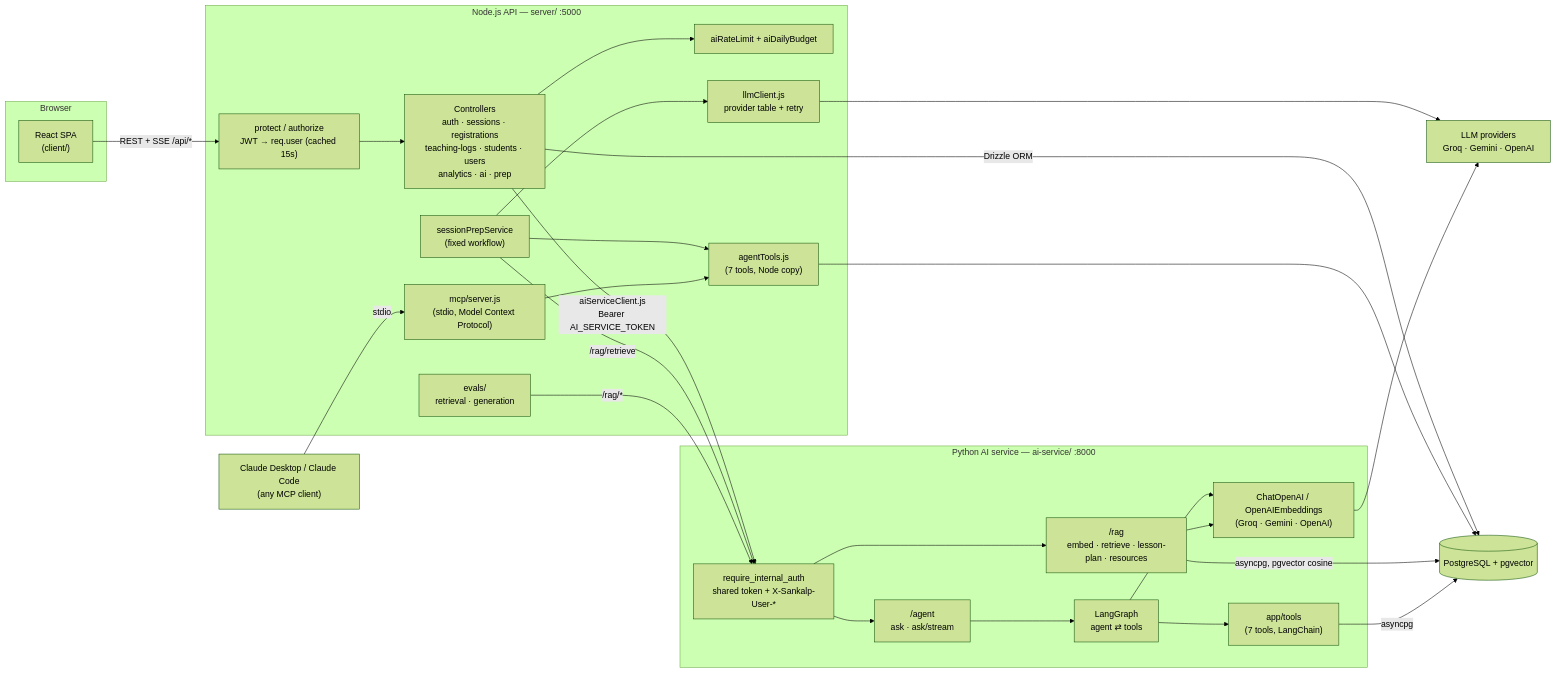
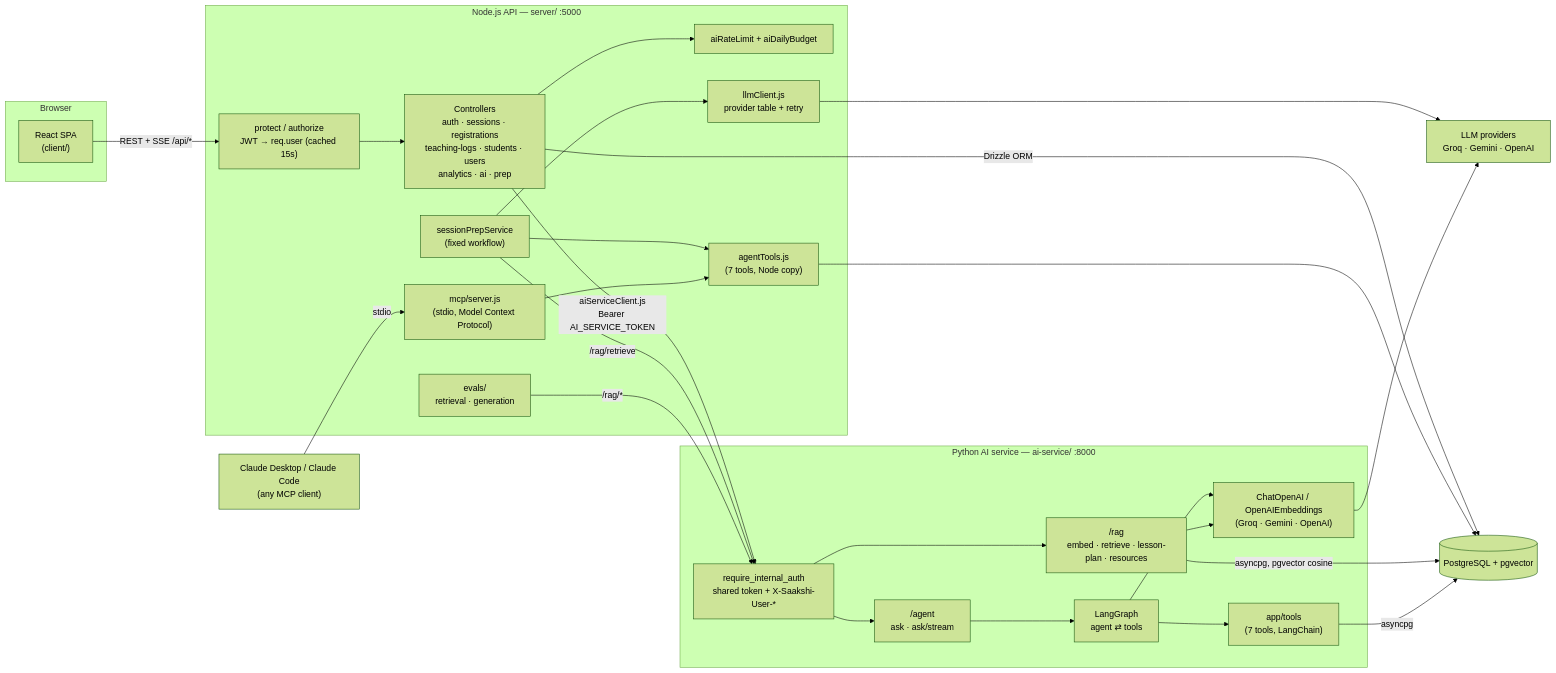
The first of 15 diagrams in README.md (kushagragarg15/sankalp-village-project), drawn with Mermaid (forest theme) before and after one commit. The commit also changed other lines of this file and 29 other files, not shown here.

````diff
--- a/README.md
+++ b/README.md
@@ -68,47 +70,47 @@
 ```mermaid
 flowchart LR
     subgraph Browser
         SPA["React SPA<br/>(client/)"]
     end
 
     subgraph Node["Node.js API — server/ :5000"]
         MW["protect / authorize<br/>JWT → req.user (cached 15s)"]
         Guard["aiRateLimit + aiDailyBudget"]
         Ctl["Controllers<br/>auth · sessions · registrations<br/>teaching-logs · students · users<br/>analytics · ai · prep"]
         Prep["sessionPrepService<br/>(fixed workflow)"]
         MCP["mcp/server.js<br/>(stdio, Model Context Protocol)"]
         Evals["evals/<br/>retrieval · generation"]
         Tools["agentTools.js<br/>(7 tools, Node copy)"]
         LLMn["llmClient.js<br/>provider table + retry"]
     end
 
     subgraph Py["Python AI service — ai-service/ :8000"]
-        IA["require_internal_auth<br/>shared token + X-Sankalp-User-*"]
+        IA["require_internal_auth<br/>shared token + X-Saakshi-User-*"]
         RAG["/rag<br/>embed · retrieve · lesson-plan · resources"]
         AG["/agent<br/>ask · ask/stream"]
         Graph["LangGraph<br/>agent ⇄ tools"]
         PTools["app/tools<br/>(7 tools, LangChain)"]
         LLMp["ChatOpenAI / OpenAIEmbeddings<br/>(Groq · Gemini · OpenAI)"]
     end
 
     PG[("PostgreSQL + pgvector")]
     Prov["LLM providers<br/>Groq · Gemini · OpenAI"]
     Client2["Claude Desktop / Claude Code<br/>(any MCP client)"]
 
     SPA -- "REST + SSE /api/*" --> MW --> Ctl
     Ctl --> Guard
     Ctl -- "Drizzle ORM" --> PG
     Ctl -- "aiServiceClient.js<br/>Bearer AI_SERVICE_TOKEN" --> IA
     Prep --> Tools --> PG
     Prep --> LLMn --> Prov
     Prep -- "/rag/retrieve" --> IA
     MCP --> Tools
     Evals -- "/rag/*" --> IA
     IA --> RAG
     IA --> AG --> Graph --> PTools
     RAG -- "asyncpg, pgvector cosine" --> PG
     PTools -- "asyncpg" --> PG
     Graph --> LLMp --> Prov
     RAG --> LLMp
     Client2 -- "stdio" --> MCP
 ```
````
